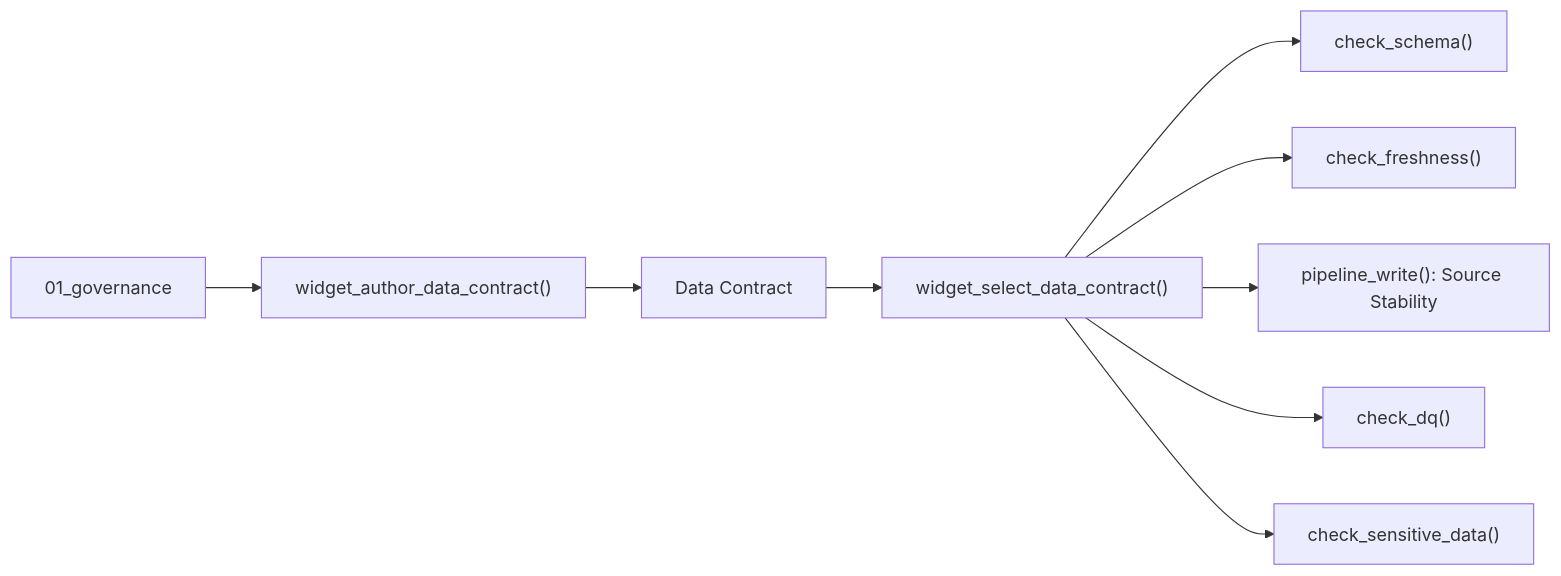
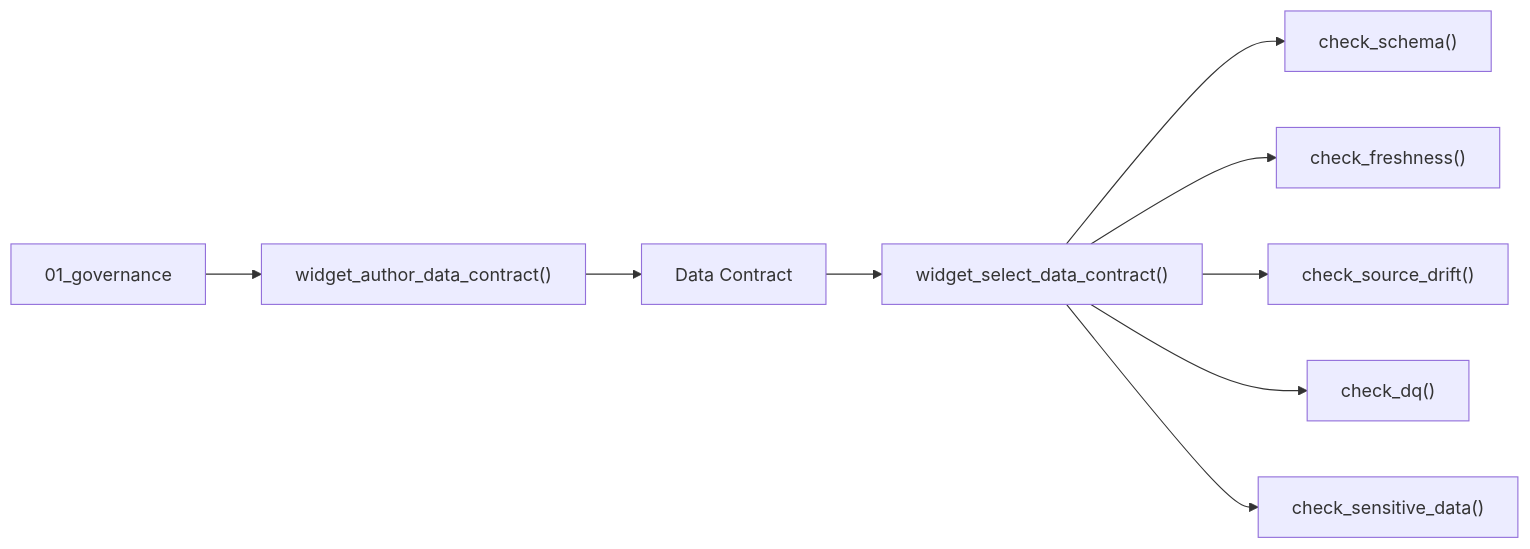
The fourth of 5 diagrams in docs/how-fabricops-works.md (Voycepeh/FabricOps-Starter-Kit), drawn with Mermaid before and after one commit. The commit also changed other lines of this file and 56 other files, not shown here.

````diff
--- a/docs/how-fabricops-works.md
+++ b/docs/how-fabricops-works.md
@@ -199,11 +202,11 @@
 ```mermaid
 flowchart LR
     GOV["01_governance"] --> AUTHOR["widget_author_data_contract()"]
     AUTHOR --> CONTRACT["Data Contract"]
     CONTRACT --> SELECT["widget_select_data_contract()"]
     SELECT --> SCHEMA["check_schema()"]
     SELECT --> FRESH["check_freshness()"]
-    SELECT --> STABILITY["pipeline_write(): Source Stability"]
+    SELECT --> STABILITY["check_source_drift()"]
     SELECT --> DQ["check_dq()"]
     SELECT --> SENSITIVE["check_sensitive_data()"]
 ```
````
